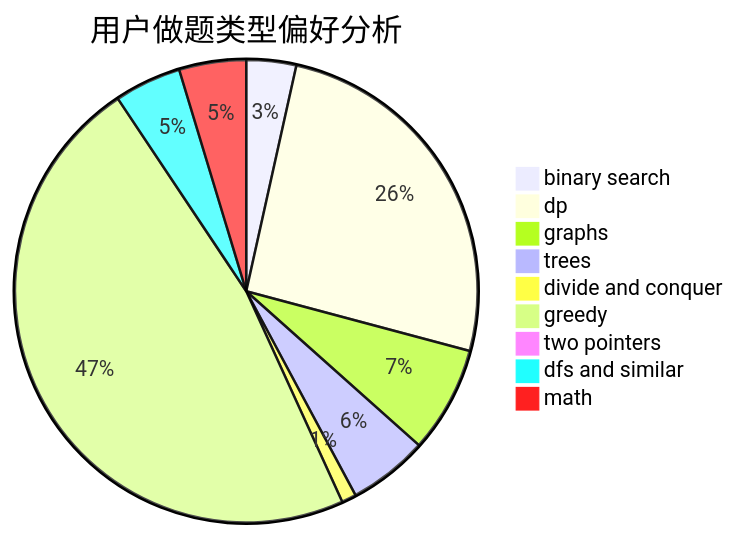
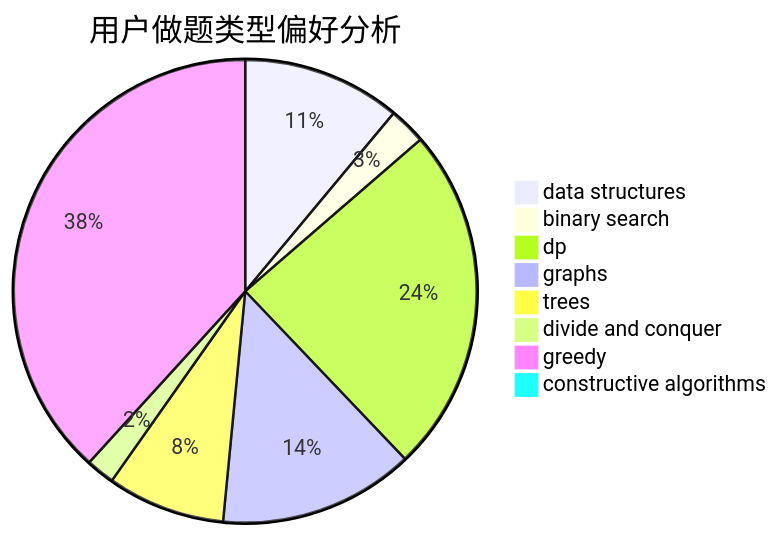
One commit to sherpahu/cfrs.github.io changed the second of 3 diagrams in docs/user/u1709.md. Above: the diagram before and after it, drawn with Mermaid. The commit also changed other lines of this file and 2775 other files, not shown here.

````diff
--- a/docs/user/u1709.md
+++ b/docs/user/u1709.md
@@ -23,12 +23,11 @@
 ```mermaid
 pie title 用户做题类型偏好分析
-    "binary search" :  58
-    "dp" :  428
-    "graphs" :  124
-    "trees" :  93
+    "data structures" :  94
+    "binary search" :  22
+    "dp" :  206
+    "graphs" :  116
+    "trees" :  70
     "divide and conquer" :  17
-    "greedy" :  791
-    "two pointers" :  8
-    "dfs and similar" :  78
-    "math" :  78
+    "greedy" :  325
+    "constructive algorithms" :  2
 ```
````
